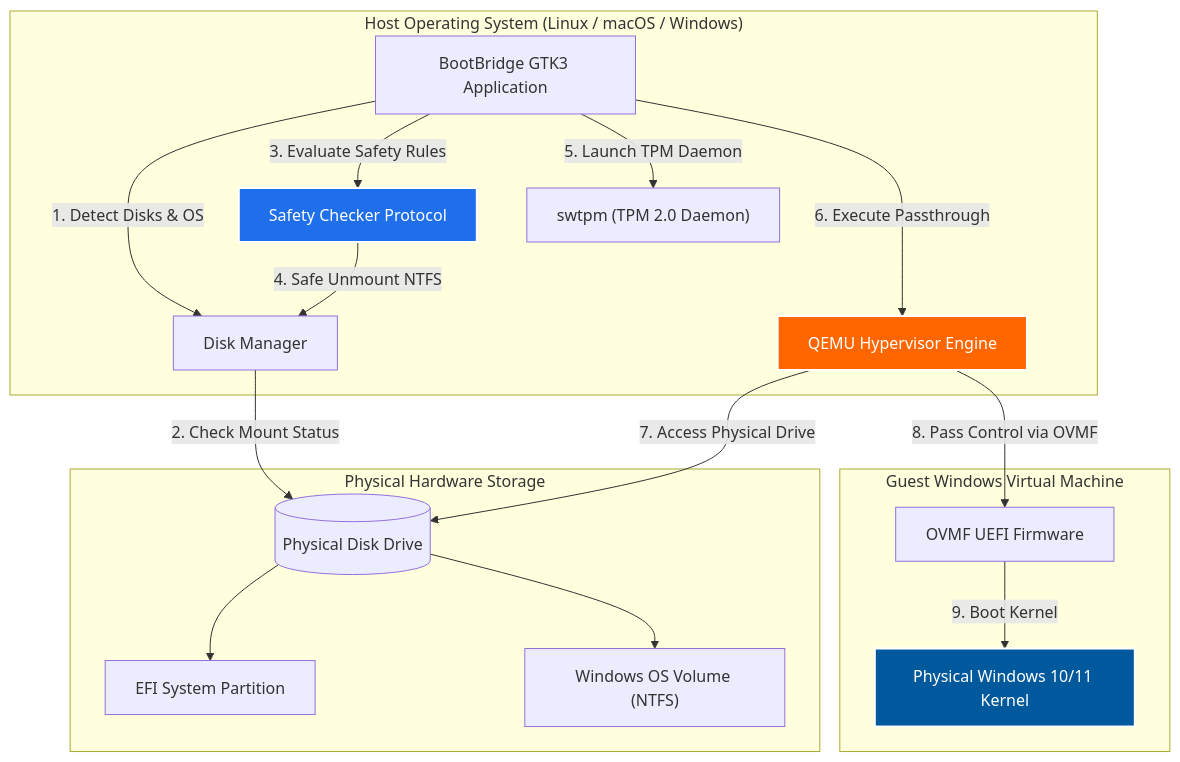
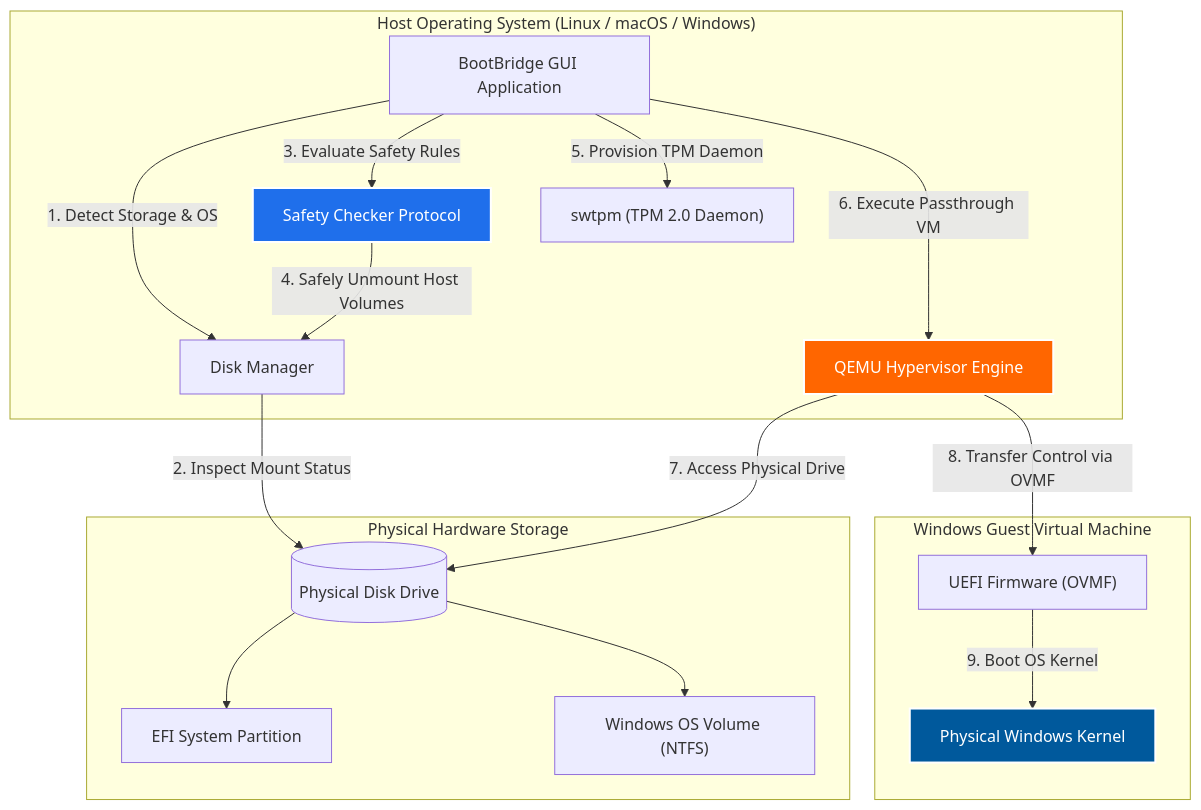
Before and after one commit to dreamzz2nd/BootBridge: the diagram in README.md, drawn with Mermaid. The commit also changed other lines of this file and 17 other files, not shown here.

````diff
--- a/README.md
+++ b/README.md
@@ -203,36 +216,36 @@
 ```mermaid
 flowchart TD
     subgraph Host ["Host Operating System (Linux / macOS / Windows)"]
-        UI["BootBridge GTK3 Application"]
+        UI["BootBridge GUI Application"]
         SC["Safety Checker Protocol"]
         DM["Disk Manager"]
         TPM["swtpm (TPM 2.0 Daemon)"]
         QEMU["QEMU Hypervisor Engine"]
     end
 
     subgraph Hardware ["Physical Hardware Storage"]
         DISK[("Physical Disk Drive")]
         ESP["EFI System Partition"]
         WIN["Windows OS Volume (NTFS)"]
     end
 
-    subgraph Guest ["Guest Windows Virtual Machine"]
-        OVMF["OVMF UEFI Firmware"]
-        WINOS["Physical Windows 10/11 Kernel"]
+    subgraph Guest ["Windows Guest Virtual Machine"]
+        OVMF["UEFI Firmware (OVMF)"]
+        WINOS["Physical Windows Kernel"]
     end
 
-    UI -->|1. Detect Disks & OS| DM
-    DM -->|2. Check Mount Status| DISK
+    UI -->|1. Detect Storage & OS| DM
+    DM -->|2. Inspect Mount Status| DISK
     UI -->|3. Evaluate Safety Rules| SC
-    SC -->|4. Safe Unmount NTFS| DM
-    UI -->|5. Launch TPM Daemon| TPM
-    UI -->|6. Execute Passthrough| QEMU
+    SC -->|4. Safely Unmount Host Volumes| DM
+    UI -->|5. Provision TPM Daemon| TPM
+    UI -->|6. Execute Passthrough VM| QEMU
     QEMU -->|7. Access Physical Drive| DISK
     DISK --> ESP & WIN
-    QEMU -->|8. Pass Control via OVMF| OVMF
-    OVMF -->|9. Boot Kernel| WINOS
+    QEMU -->|8. Transfer Control via OVMF| OVMF
+    OVMF -->|9. Boot OS Kernel| WINOS
 
     style SC fill:#1f6feb,stroke:#fff,stroke-width:2px,color:#fff
     style QEMU fill:#ff6600,stroke:#fff,stroke-width:2px,color:#fff
     style WINOS fill:#00599c,stroke:#fff,stroke-width:2px,color:#fff
 ```
````
